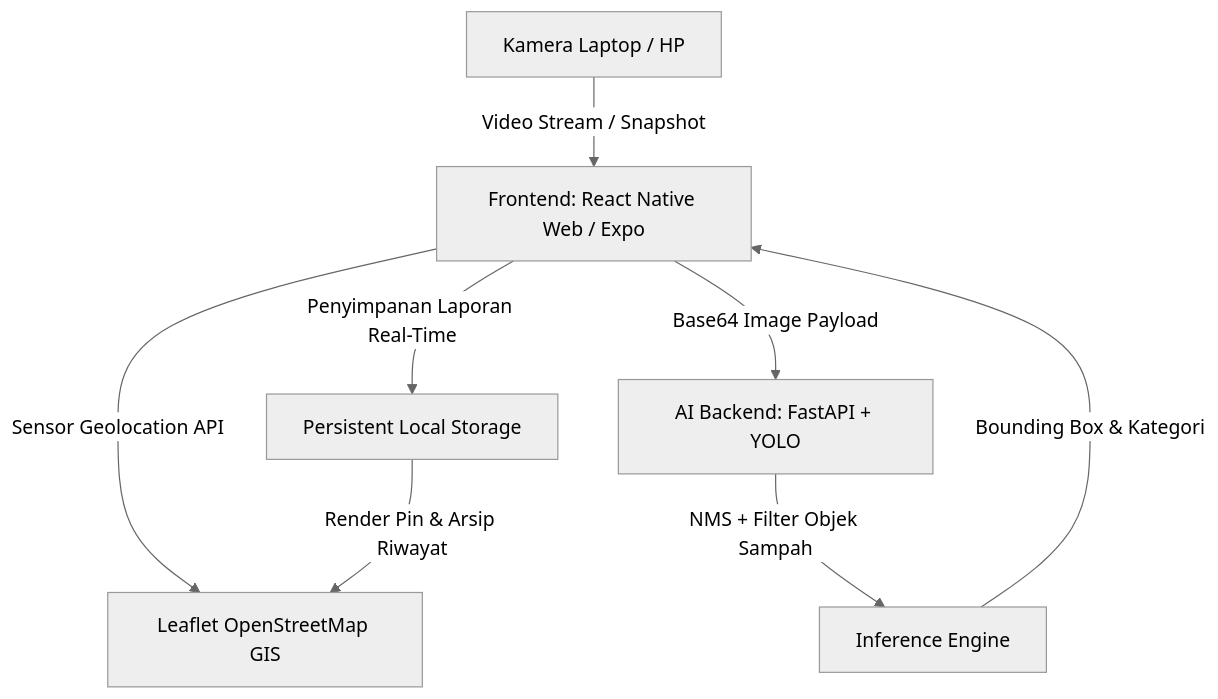
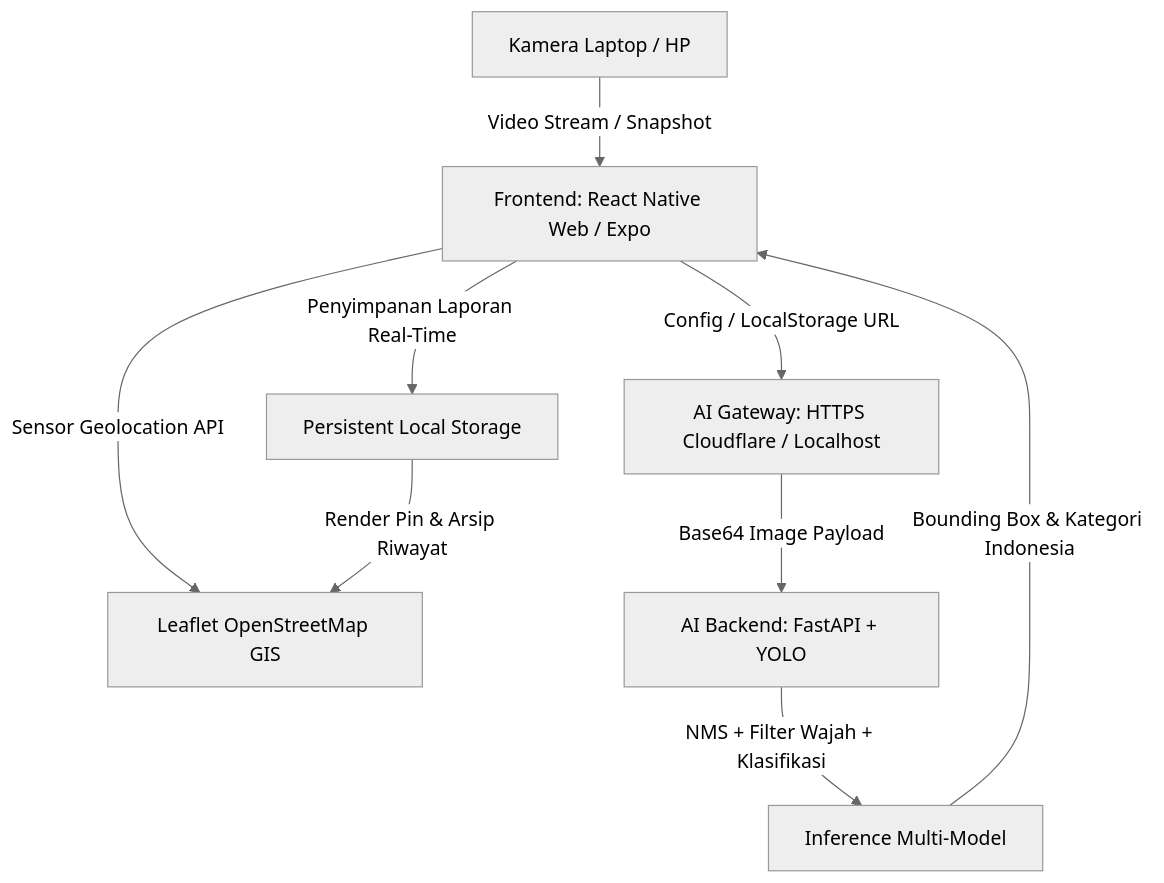
One commit to franswaas/spotbersih changed the diagram in README.md. Above: the diagram before and after it, drawn with Mermaid (neutral theme). The commit also changed other lines of this file and 3 other files, not shown here.

````diff
--- a/README.md
+++ b/README.md
@@ -48,10 +54,11 @@
 ```mermaid
 graph TD
     A[Kamera Laptop / HP] -->|Video Stream / Snapshot| B[Frontend: React Native Web / Expo]
     B -->|Sensor Geolocation API| C[Leaflet OpenStreetMap GIS]
-    B -->|Base64 Image Payload| D[AI Backend: FastAPI + YOLO]
-    D -->|NMS + Filter Objek Sampah| E[Inference Engine]
-    E -->|Bounding Box & Kategori| B
-    B -->|Penyimpanan Laporan Real-Time| F[Persistent Local Storage]
-    F -->|Render Pin & Arsip Riwayat| C
+    B -->|Config / LocalStorage URL| D[AI Gateway: HTTPS Cloudflare / Localhost]
+    D -->|Base64 Image Payload| E[AI Backend: FastAPI + YOLO]
+    E -->|NMS + Filter Wajah + Klasifikasi| F[Inference Multi-Model]
+    F -->|Bounding Box & Kategori Indonesia| B
+    B -->|Penyimpanan Laporan Real-Time| G[Persistent Local Storage]
+    G -->|Render Pin & Arsip Riwayat| C
 ```
````
